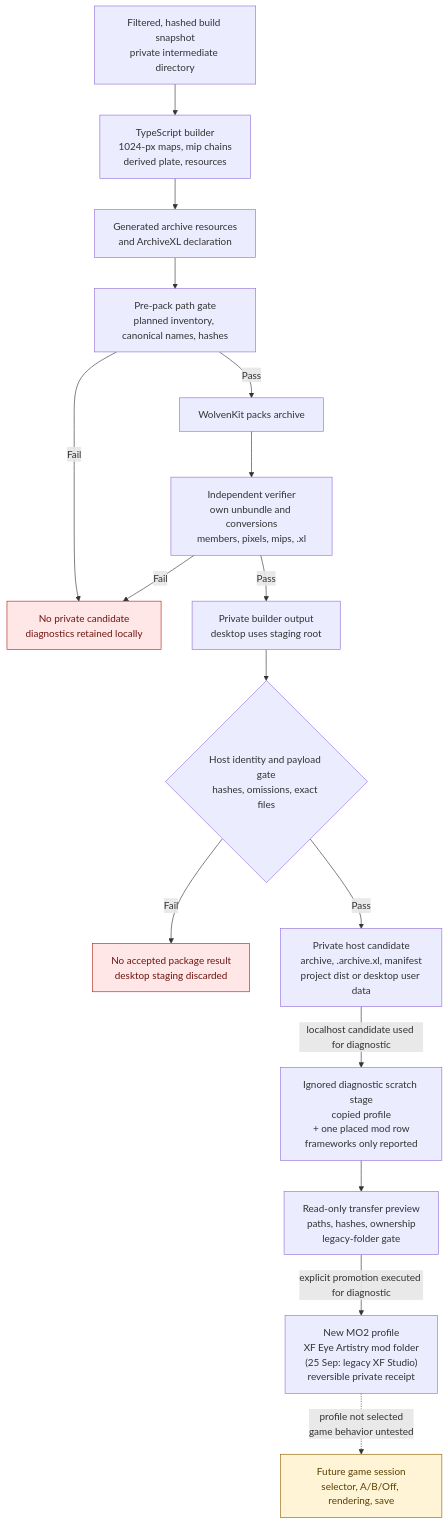
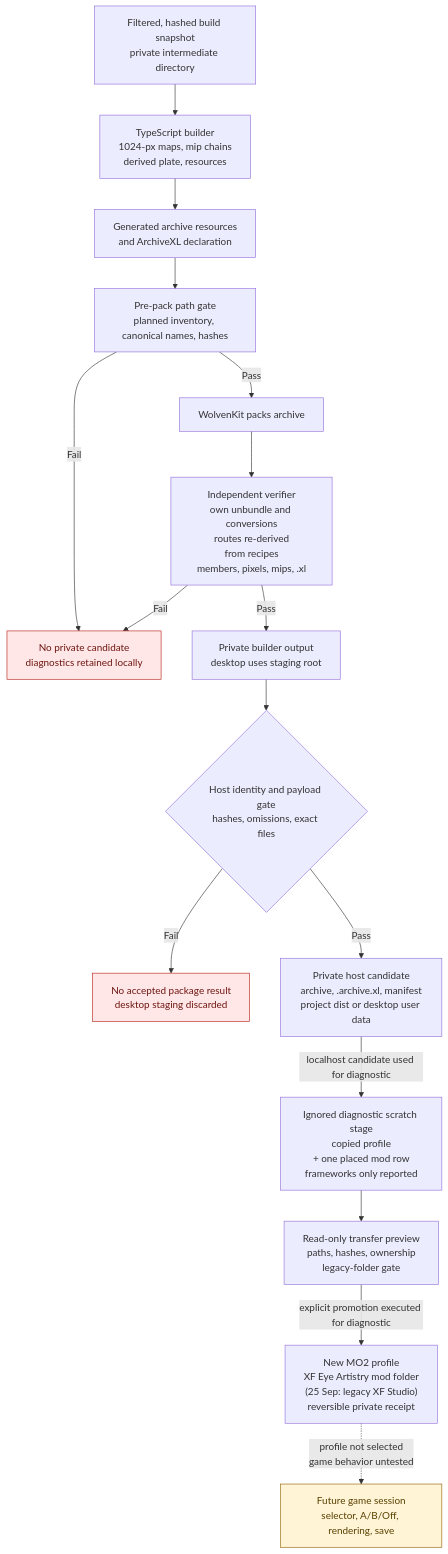
One commit to axefrog/xf-studio changed the second of 3 diagrams in research/authoring/studio-to-mod-pipeline.md. Above: the diagram before and after it, drawn with Mermaid. The commit also changed other lines of this file and 40 other files, not shown here.

First line of the commit message:
Harden export routes, verifier routes and plate head resolution

````diff
--- a/research/authoring/studio-to-mod-pipeline.md
+++ b/research/authoring/studio-to-mod-pipeline.md
@@ -48,23 +48,23 @@
 ```mermaid
 flowchart TB
   snapshot["Filtered, hashed build snapshot<br/>private intermediate directory"] --> bake["TypeScript builder<br/>1024-px maps, mip chains<br/>derived plate, resources"]
   bake --> resources["Generated archive resources<br/>and ArchiveXL declaration"]
   resources --> gate["Pre-pack path gate<br/>planned inventory, canonical names, hashes"]
   gate -- Fail --> stop
   gate -- Pass --> pack["WolvenKit packs archive"]
-  pack --> verifier["Independent verifier<br/>own unbundle and conversions<br/>members, pixels, mips, .xl"]
+  pack --> verifier["Independent verifier<br/>own unbundle and conversions<br/>routes re-derived<br/>from recipes<br/>members, pixels, mips, .xl"]
   verifier -- Fail --> stop["No private candidate<br/>diagnostics retained locally"]
   verifier -- Pass --> dist["Private builder output<br/>desktop uses staging root"]
   dist --> resultGate{"Host identity and payload gate<br/>hashes, omissions, exact files"}
   resultGate -- Fail --> unaccepted["No accepted package result<br/>desktop staging discarded"]
   resultGate -- Pass --> candidate["Private host candidate<br/>archive, .archive.xl, manifest<br/>project dist or desktop user data"]
   candidate -- "localhost candidate used for diagnostic" --> scratch["Ignored diagnostic scratch stage<br/>copied profile<br/>+ one placed mod row<br/>frameworks only reported"]
   scratch --> preview["Read-only transfer preview<br/>paths, hashes, ownership<br/>legacy-folder gate"]
   preview -- "explicit promotion executed for diagnostic" --> mo2["New MO2 profile<br/>XF Eye Artistry mod folder<br/>(25 Sep: legacy XF Studio)<br/>reversible private receipt"]
   mo2 -. "profile not selected<br/>game behavior untested" .-> runtime["Future game session<br/>selector, A/B/Off, rendering, save"]
 
   classDef blocked fill:#ffe7e7,stroke:#b42318,color:#6e1611;
   classDef pending fill:#fff4d6,stroke:#946200,color:#594000;
   class stop,unaccepted blocked;
   class runtime pending;
 ```
````
